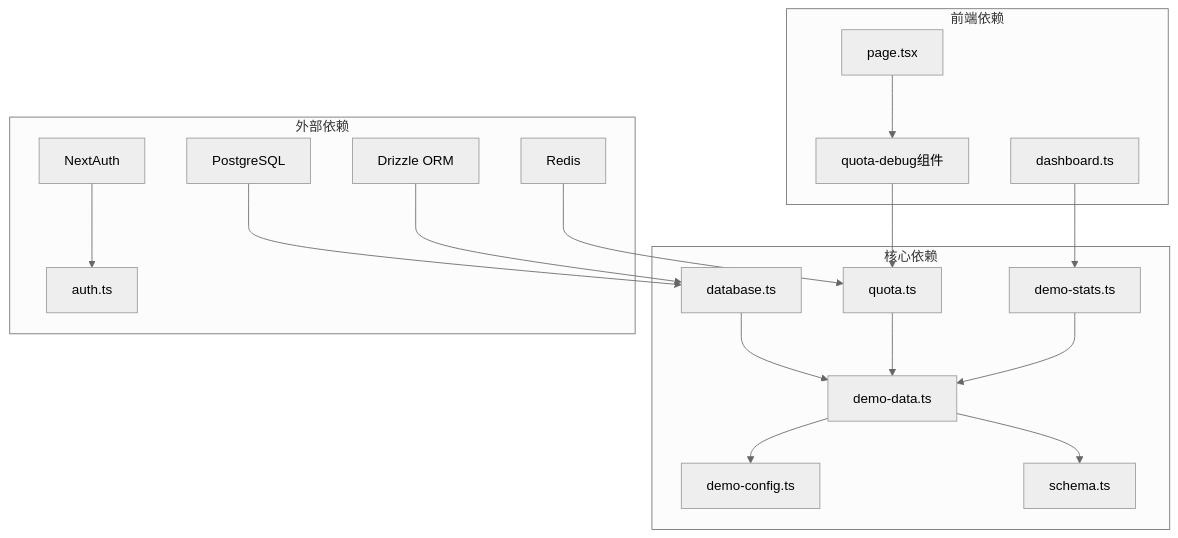
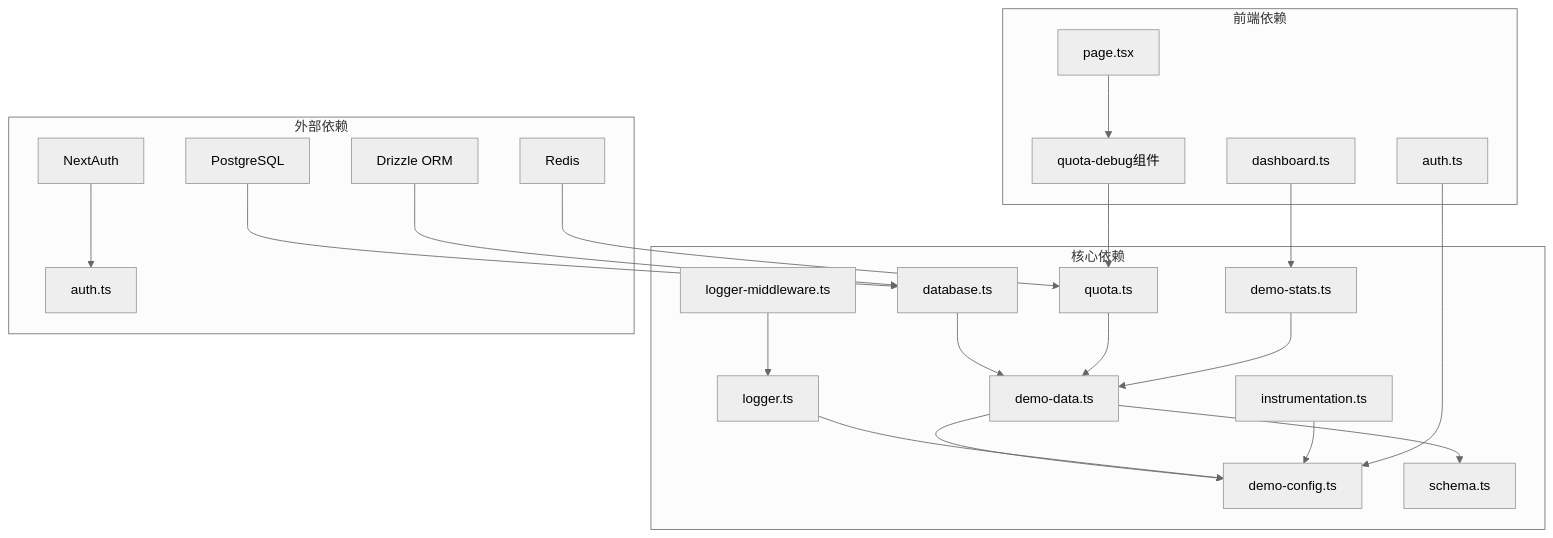
Before and after one commit to RadiumAg/AIGate: the ninth of 9 diagrams in .qoder/repowiki/zh/content/Demo Data System.md, drawn with Mermaid (neutral theme). The commit also changed other lines of this file and 9 other files, not shown here.

````diff
--- a/.qoder/repowiki/zh/content/Demo Data System.md
+++ b/.qoder/repowiki/zh/content/Demo Data System.md
@@ -318,21 +424,25 @@
 ```mermaid
 graph TB
 subgraph "核心依赖"
 A[demo-data.ts] --> B[demo-config.ts]
 A --> C[schema.ts]
 D[database.ts] --> A
 E[quota.ts] --> A
 F[demo-stats.ts] --> A
+G[logger.ts] --> B
+H[instrumentation.ts] --> B
+I[logger-middleware.ts] --> G
 end
 subgraph "外部依赖"
-G[Redis] --> E
-H[PostgreSQL] --> D
-I[NextAuth] --> J[auth.ts]
-K[Drizzle ORM] --> D
+J[Redis] --> E
+K[PostgreSQL] --> D
+L[NextAuth] --> M[auth.ts]
+N[Drizzle ORM] --> D
 end
 subgraph "前端依赖"
-L[dashboard.ts] --> F
-M[page.tsx] --> N[quota-debug组件]
-N --> E
+O[dashboard.ts] --> F
+P[page.tsx] --> Q[quota-debug组件]
+Q --> E
+R[auth.ts] --> B
 end
 ```
````
